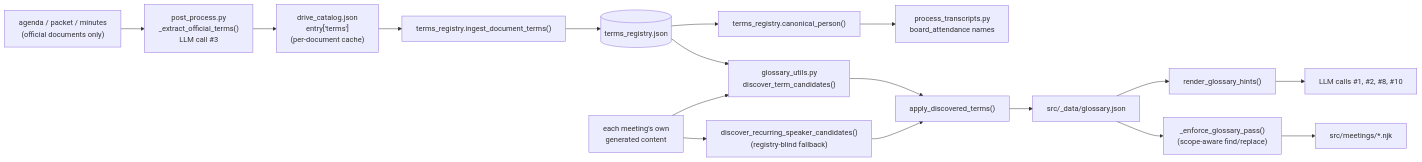
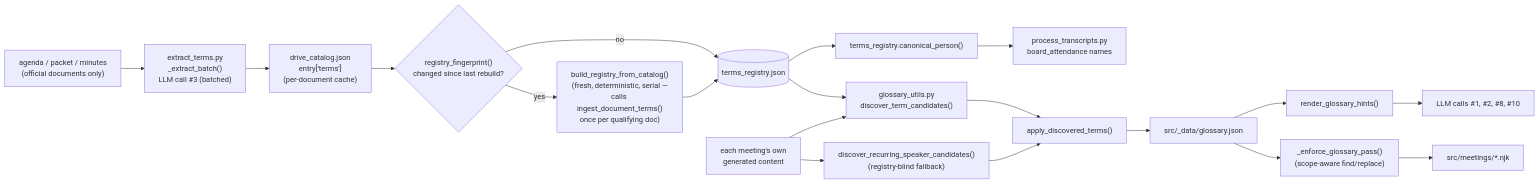
Before and after one commit to wheelerbb/spsd-board-meetings: the second of 5 diagrams in docs/pipeline.md, drawn with Mermaid. The commit also changed other lines of this file and 12 other files, not shown here.

First line of the commit message:
Implement dedicated term-extraction stage and derived registry rebuild (todo 026)

````diff
--- a/docs/pipeline.md
+++ b/docs/pipeline.md
@@ -130,22 +144,24 @@
 ```mermaid
 flowchart LR
-    DOCS["agenda / packet / minutes<br/>(official documents only)"] --> EXTRACT["post_process.py<br/>_extract_official_terms()<br/>LLM call #3"]
+    DOCS["agenda / packet / minutes<br/>(official documents only)"] --> EXTRACT["extract_terms.py<br/>_extract_batch()<br/>LLM call #3 (batched)"]
     EXTRACT --> CATTERMS["drive_catalog.json<br/>entry['terms']<br/>(per-document cache)"]
-    CATTERMS --> INGEST["terms_registry.ingest_document_terms()"]
-    INGEST --> REG[("terms_registry.json")]
+    CATTERMS --> FPCHECK{"registry_fingerprint()<br/>changed since last rebuild?"}
+    FPCHECK -->|no| REG[("terms_registry.json")]
+    FPCHECK -->|yes| REBUILD["build_registry_from_catalog()<br/>(fresh, deterministic, serial —<br/>calls ingest_document_terms()<br/>once per qualifying doc)"]
+    REBUILD --> REG
 
     REG --> CANON["terms_registry.canonical_person()"]
     CANON --> ATTEND["process_transcripts.py<br/>board_attendance names"]
 
     REG --> DISC["glossary_utils.py<br/>discover_term_candidates()"]
     NJKCONTENT["each meeting's own<br/>generated content"] --> DISC
     NJKCONTENT --> RECUR["discover_recurring_speaker_candidates()<br/>(registry-blind fallback)"]
     DISC --> APPLY["apply_discovered_terms()"]
     RECUR --> APPLY
     APPLY --> GLOS["src/_data/glossary.json"]
 
     GLOS --> HINTS["render_glossary_hints()"]
     HINTS --> PROMPTS["LLM calls #1, #2, #8, #10"]
     GLOS --> ENFORCE["_enforce_glossary_pass()<br/>(scope-aware find/replace)"]
     ENFORCE --> NJKFILES["src/meetings/*.njk"]
 ```
````
